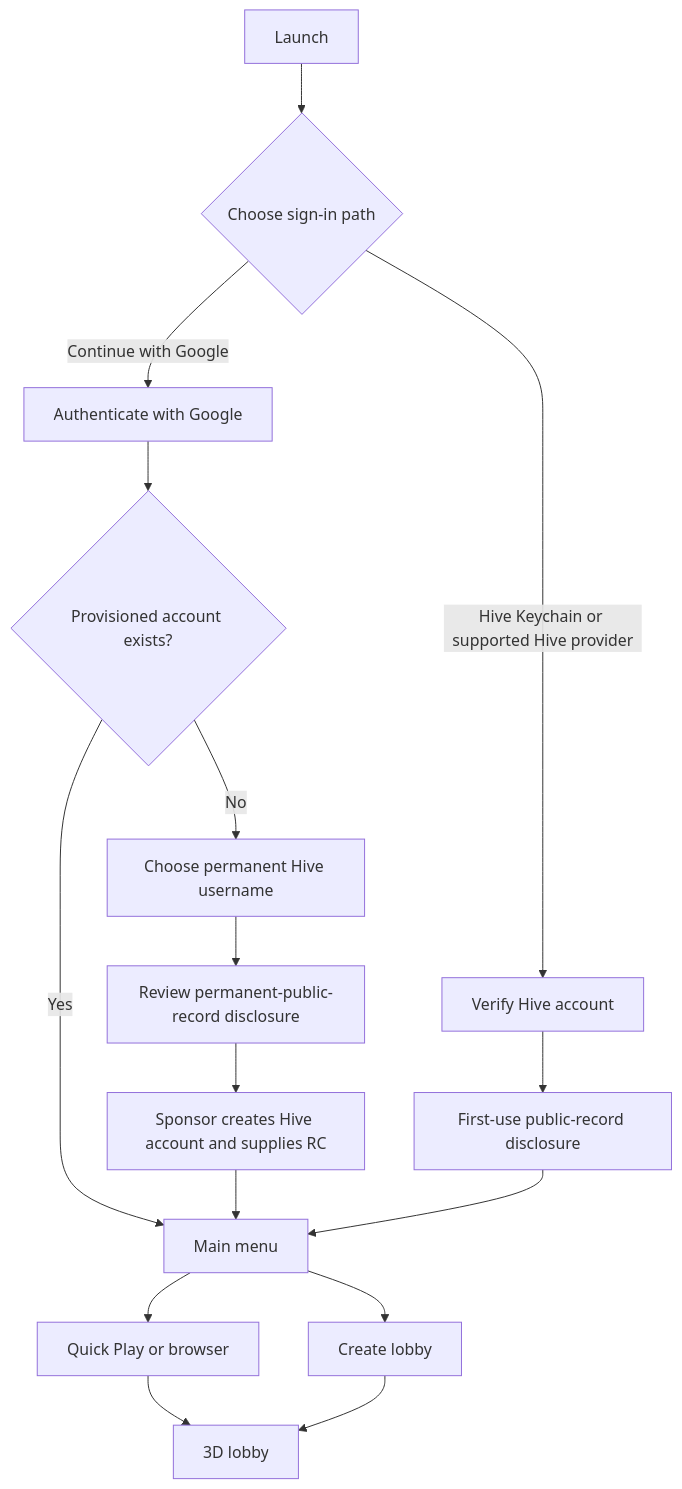
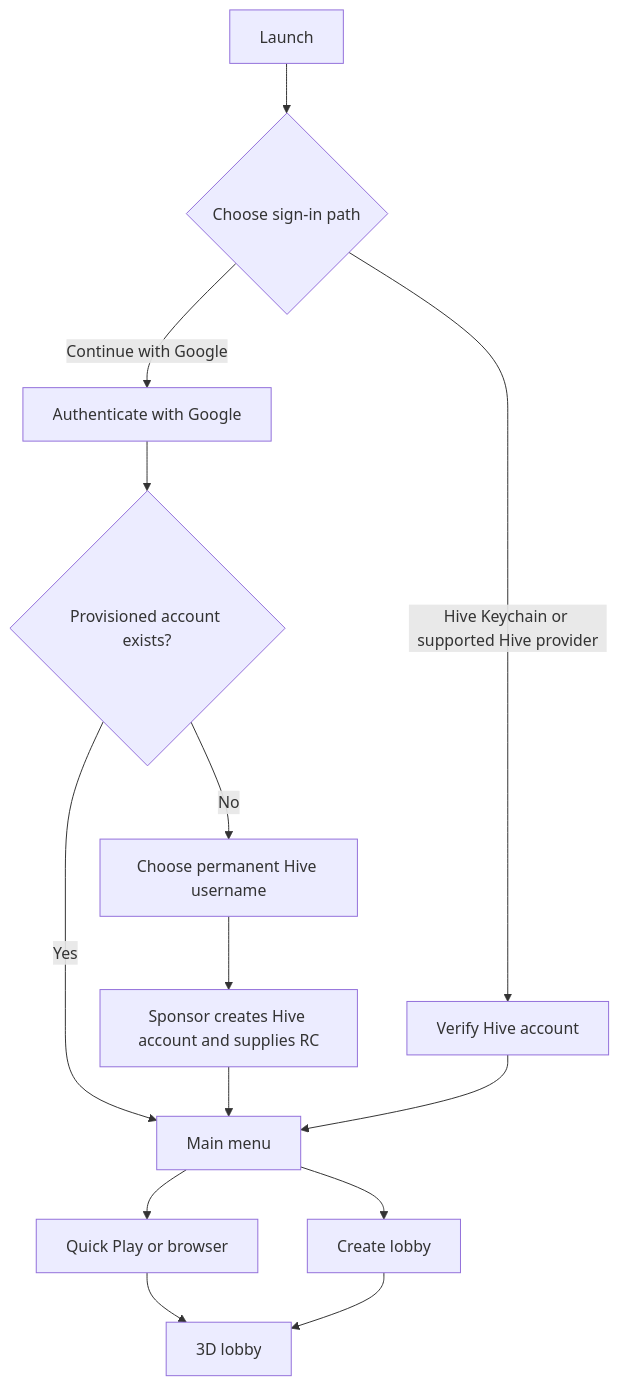
One commit to hdev-core/hive-chameleon changed the second of 4 diagrams in docs/product-specification/Hive-Chameleon-Product-Spec-and-Design-Plan.md. Above: the diagram before and after it, drawn with Mermaid. The commit also changed other lines of this file and 18 other files, not shown here.

Commit message:
docs(m4): align architecture and local setup

````diff
--- a/docs/product-specification/Hive-Chameleon-Product-Spec-and-Design-Plan.md
+++ b/docs/product-specification/Hive-Chameleon-Product-Spec-and-Design-Plan.md
@@ -799,18 +786,16 @@
 ```mermaid
 flowchart TD
     A["Launch"] --> B{"Choose sign-in path"}
     B -->|Hive Keychain or supported Hive provider| C["Verify Hive account"]
     B -->|Continue with Google| D["Authenticate with Google"]
     D --> E{"Provisioned account exists?"}
     E -->|No| F["Choose permanent Hive username"]
-    F --> R["Review permanent-public-record disclosure"]
-    R --> G["Sponsor creates Hive account and supplies RC"]
+    F --> G["Sponsor creates Hive account and supplies RC"]
     E -->|Yes| H["Main menu"]
     G --> H
-    C --> L["First-use public-record disclosure"]
-    L --> H
+    C --> H
     H --> I["Quick Play or browser"]
     H --> J["Create lobby"]
     I --> K["3D lobby"]
     J --> K
 ```
````
